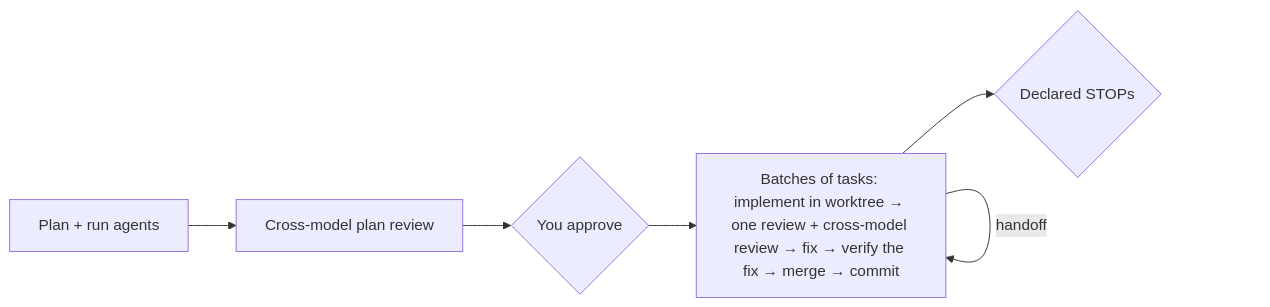
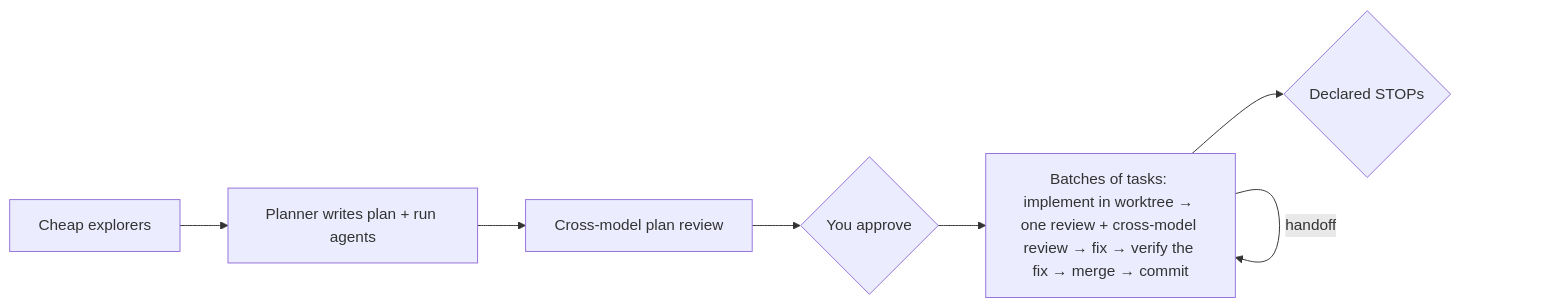
One commit to Aroton/ArchflowV2 changed the diagram in README.md. Above: the diagram before and after it, drawn with Mermaid. The commit also changed other lines of this file and 7 other files, not shown here.

````diff
--- a/README.md
+++ b/README.md
@@ -88,8 +88,9 @@
 ```mermaid
 flowchart LR
-  A[Plan + run agents] --> B[Cross-model plan review]
+  X[Cheap explorers] --> A[Planner writes plan + run agents]
+  A --> B[Cross-model plan review]
   B --> C{You approve}
   C --> D[Batches of tasks: implement in worktree → one review + cross-model review → fix → verify the fix → merge → commit]
   D -->|handoff| D
   D --> E{Declared STOPs}
 ```
````
